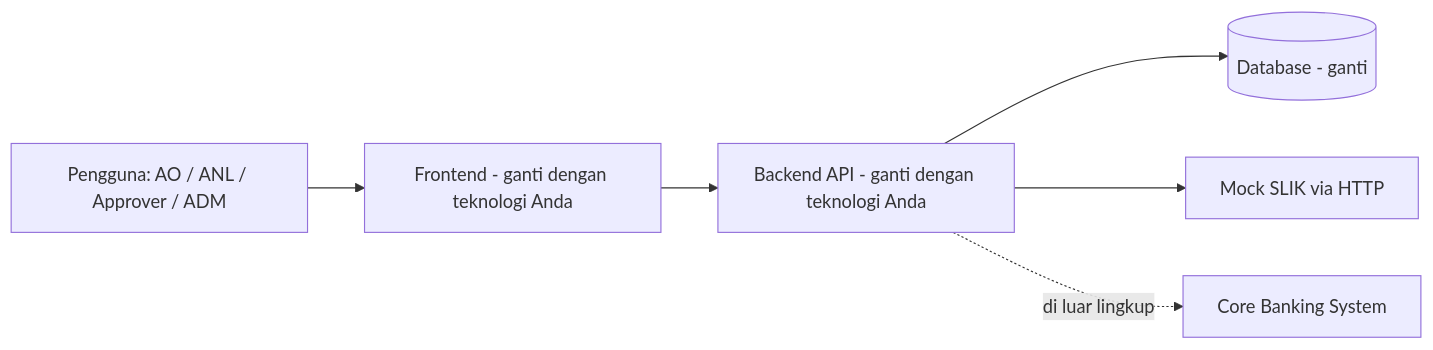
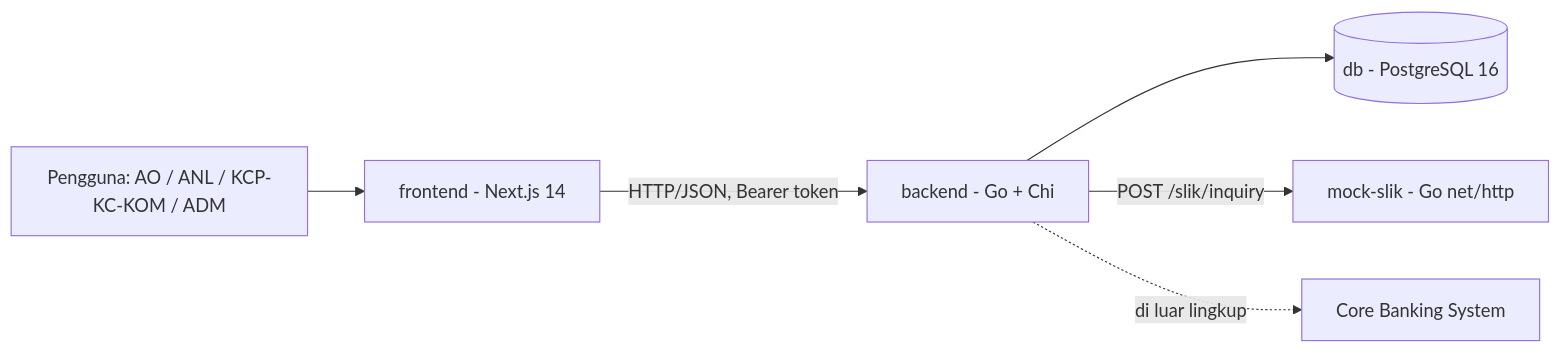
The first of 3 diagrams in docs/SRS-iMitra.md (irgiys/tim1gow), drawn with Mermaid before and after one commit. The commit also changed other lines of this file, not shown here.

````diff
--- a/docs/SRS-iMitra.md
+++ b/docs/SRS-iMitra.md
@@ -105,8 +102,8 @@
 ```mermaid
 graph LR
-  AO[Pengguna: AO / ANL / Approver / ADM] --> FE[Frontend - ganti dengan teknologi Anda]
-  FE --> BE[Backend API - ganti dengan teknologi Anda]
-  BE --> DB[(Database - ganti)]
-  BE --> SLIK[Mock SLIK via HTTP]
+  AO[Pengguna: AO / ANL / KCP-KC-KOM / ADM] --> FE[frontend - Next.js 14]
+  FE -->|HTTP/JSON, Bearer token| BE[backend - Go + Chi]
+  BE --> DB[(db - PostgreSQL 16)]
+  BE -->|POST /slik/inquiry| SLIK[mock-slik - Go net/http]
   BE -. di luar lingkup .-> CBS[Core Banking System]
 ```
````
